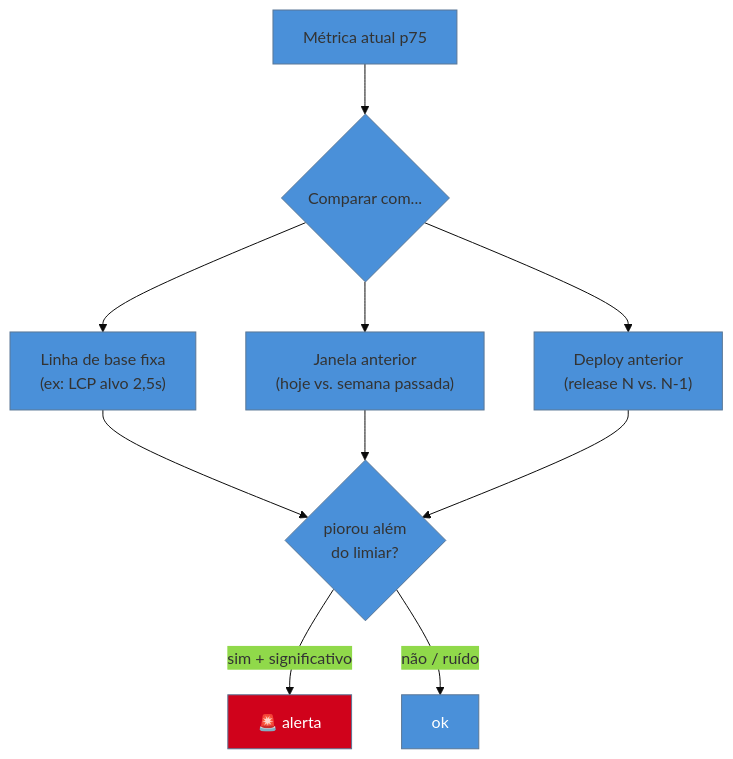
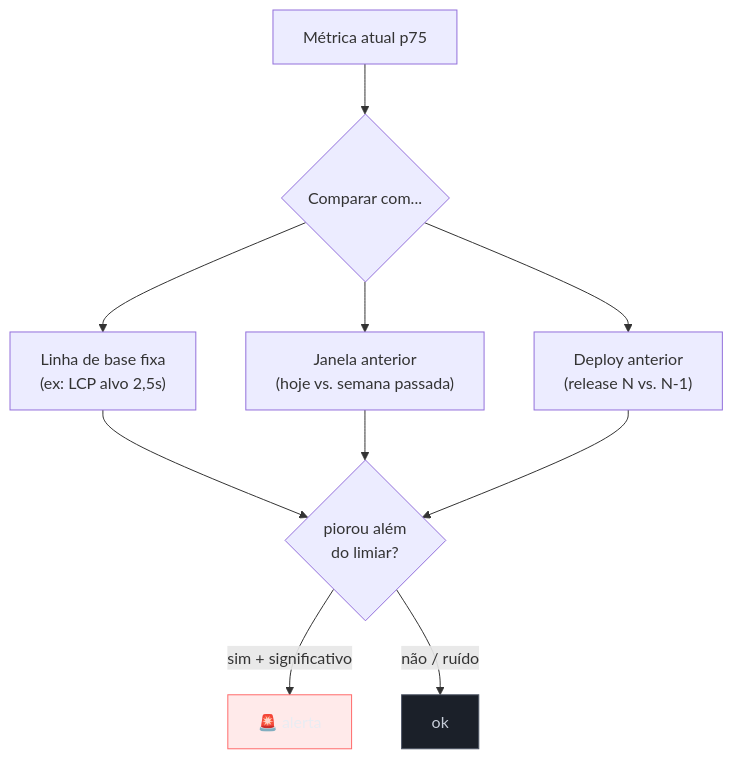
One commit to josenaldo/codex-technomanticus changed the diagram in 03-Dominios/Tecnologia/Web Performance/Performance em Produção/04 - Detecção de regressão e alertas.md. Above: the diagram before and after it, drawn with Mermaid. The commit also changed 1181 other files, not shown here.

First line of the commit message:
fix(diagramas): paleta do sistema no lugar de cor cravada no markdown

````diff
--- a/03-Dominios/Tecnologia/Web Performance/Performance em Produção/04 - Detecção de regressão e alertas.md
+++ b/03-Dominios/Tecnologia/Web Performance/Performance em Produção/04 - Detecção de regressão e alertas.md
@@ -31,15 +31,16 @@
 ```mermaid
-%%{init: {"theme": "base", "themeVariables": {"primaryColor": "#4A90D9"}}}%%
 graph TB
+    classDef falha fill:#FF6B6B24,stroke:#FF6B6B,color:#E9ECF2
+    classDef neutro fill:#1B2029,stroke:#4E5666,color:#C6CCD8
     A[Métrica atual p75] --> B{Comparar com...}
     B --> C["Linha de base fixa<br/>(ex: LCP alvo 2,5s)"]
     B --> D["Janela anterior<br/>(hoje vs. semana passada)"]
     B --> E["Deploy anterior<br/>(release N vs. N-1)"]
     C --> F{piorou além<br/>do limiar?}
     D --> F
     E --> F
     F -->|sim + significativo| G[🚨 alerta]
     F -->|não / ruído| H[ok]
-    style G fill:#D0021B,color:#fff
-    style H fill:#4A90D9,color:#fff
+    class G falha
+    class H neutro
 ```
````
